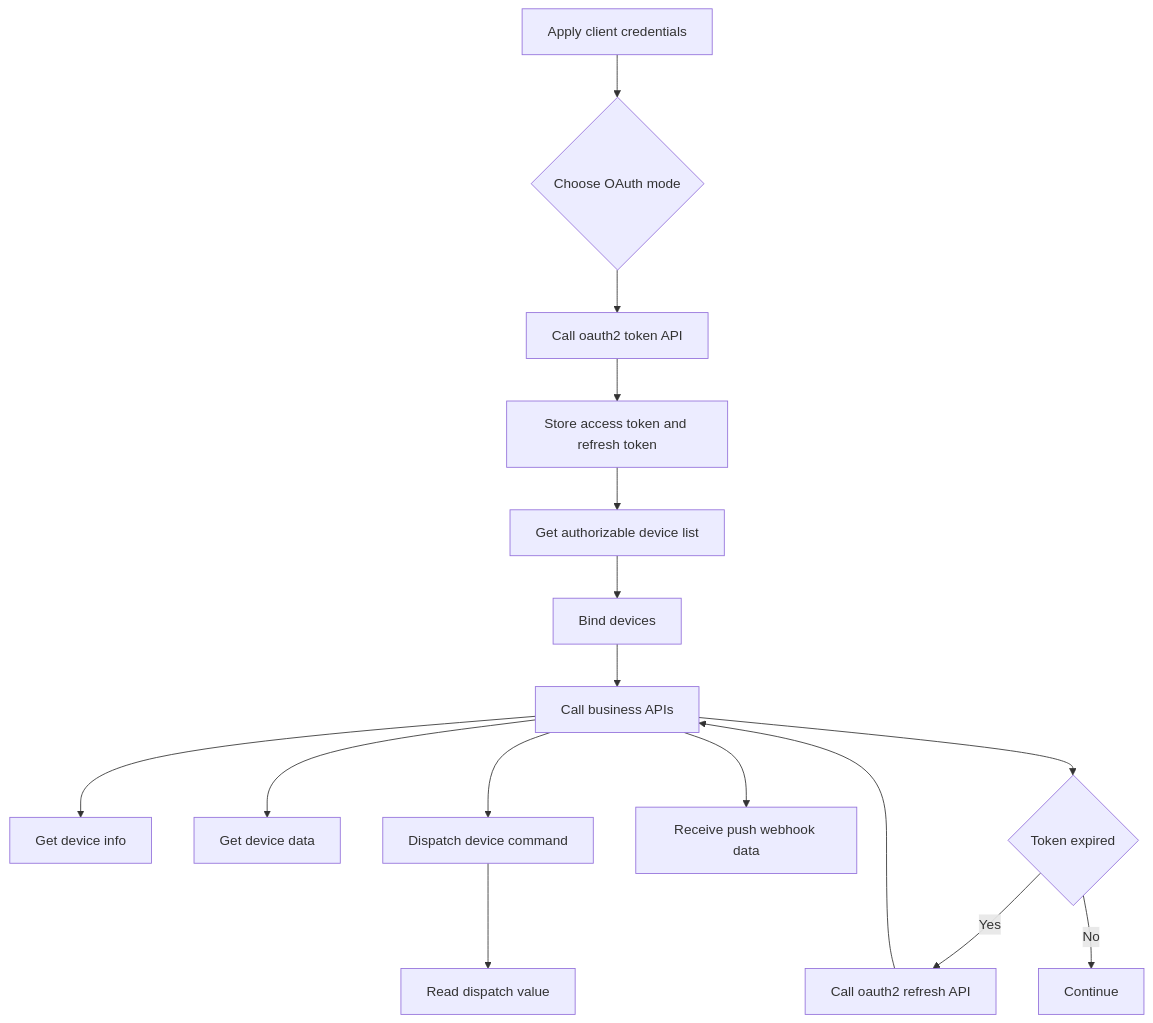
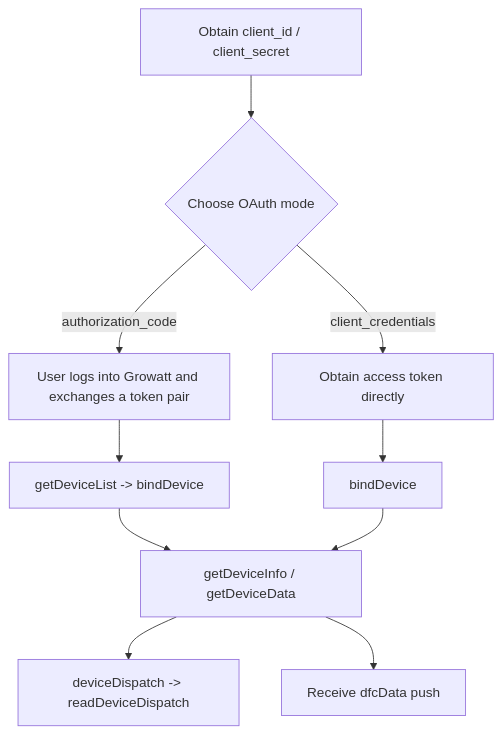
The diagram in Growatt API/Growatt Open API Professional Integration Guide.md (EugeneJian/growatt-unified-api), drawn with Mermaid before and after one commit. The commit also changed other lines of this file and 26 other files, not shown here.

````diff
--- a/Growatt API/Growatt Open API Professional Integration Guide.md
+++ b/Growatt API/Growatt Open API Professional Integration Guide.md
@@ -76,19 +50,13 @@
 ```mermaid
 %% 本代码严格遵循AI生成Mermaid代码的终极准则v4.1（Mermaid终极大师）
 flowchart TD
-    A["Apply client credentials"] --> B{"Choose OAuth mode"}
-    B --> C["Call oauth2 token API"]
-    C --> D["Store access token and refresh token"]
-    D --> E["Get authorizable device list"]
-    E --> F["Bind devices"]
-    F --> G["Call business APIs"]
-    G --> H["Get device info"]
-    G --> I["Get device data"]
-    G --> J["Dispatch device command"]
-    J --> K["Read dispatch value"]
-    G --> L["Receive push webhook data"]
-    G --> M{"Token expired"}
-    M -->|"Yes"| N["Call oauth2 refresh API"]
-    N --> G
-    M -->|"No"| O["Continue"]
+    A["Obtain client_id / client_secret"] --> B{"Choose OAuth mode"}
+    B -->|"authorization_code"| C["User logs into Growatt and exchanges a token pair"]
+    B -->|"client_credentials"| D["Obtain access token directly"]
+    C --> E["getDeviceList -> bindDevice"]
+    D --> F["bindDevice"]
+    E --> G["getDeviceInfo / getDeviceData"]
+    F --> G
+    G --> H["deviceDispatch -> readDeviceDispatch"]
+    G --> I["Receive dfcData push"]
 ```
````
